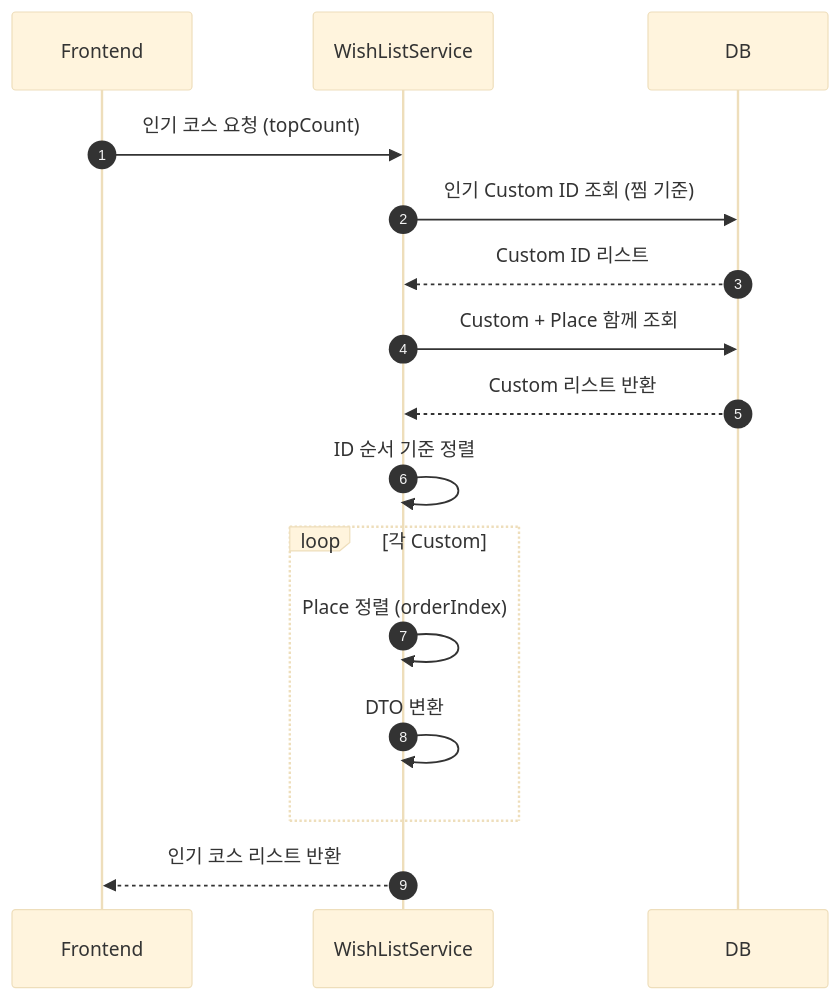
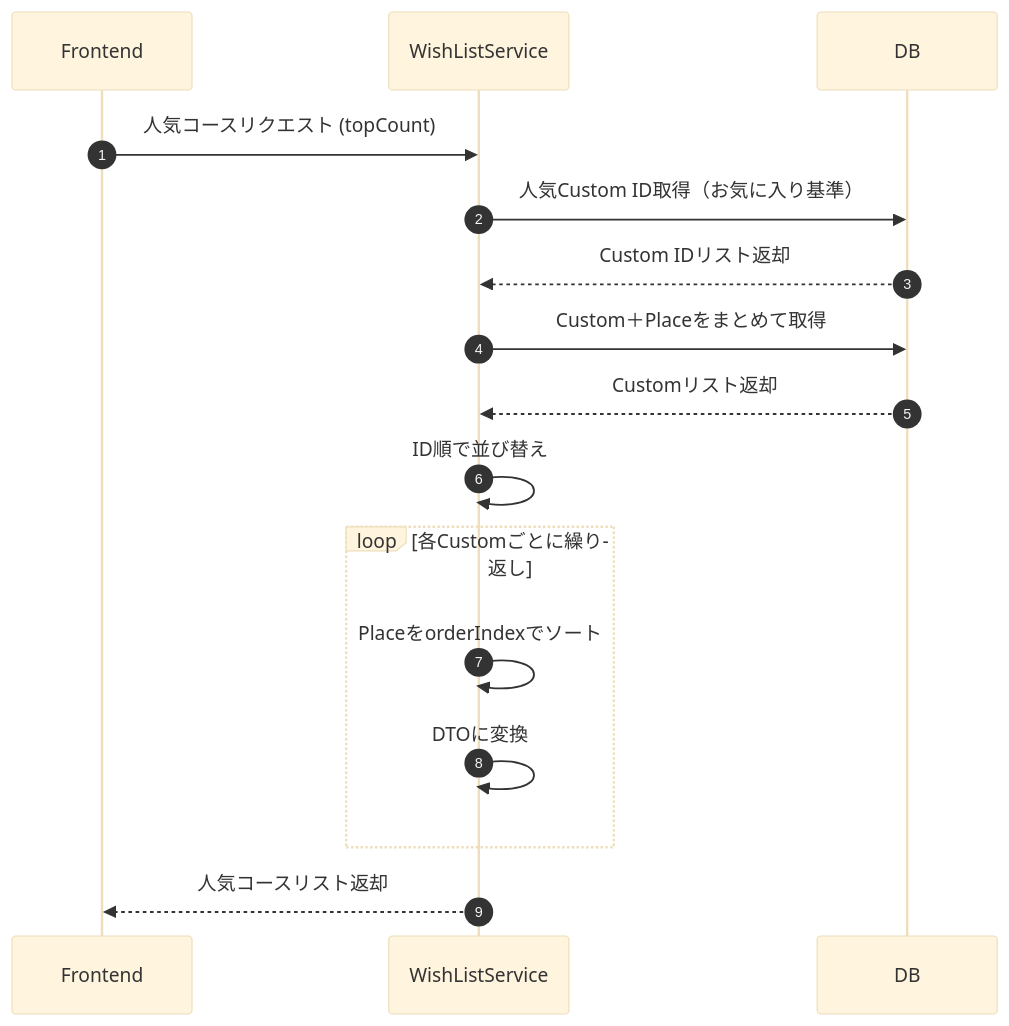
One commit to You-HyunHo/Final-Project changed the ninth of 10 diagrams in README_img/SEQUENCE.md. Above: the diagram before and after it, drawn with Mermaid (base theme). The commit also changed other lines of this file, not shown here.

````diff
--- a/README_img/SEQUENCE.md
+++ b/README_img/SEQUENCE.md
@@ -198,24 +202,24 @@
 ```mermaid
 sequenceDiagram
-autonumber
-participant FE as Frontend
-participant BE as WishListService
-participant DB
+    autonumber
+    participant FE as Frontend
+    participant BE as WishListService
+    participant DB
 
-    FE->>BE: 인기 코스 요청 (topCount)
+    FE->>BE: 人気コースリクエスト (topCount)
 
-    BE->>DB: 인기 Custom ID 조회 (찜 기준)
-    DB-->>BE: Custom ID 리스트
+    BE->>DB: 人気Custom ID取得（お気に入り基準）
+    DB-->>BE: Custom IDリスト返却
 
-    BE->>DB: Custom + Place 함께 조회
-    DB-->>BE: Custom 리스트 반환
+    BE->>DB: Custom＋Placeをまとめて取得
+    DB-->>BE: Customリスト返却
 
-    BE->>BE: ID 순서 기준 정렬
+    BE->>BE: ID順で並び替え
 
-    loop 각 Custom
-        BE->>BE: Place 정렬 (orderIndex)
-        BE->>BE: DTO 변환
+    loop 各Customごとに繰り返し
+        BE->>BE: PlaceをorderIndexでソート
+        BE->>BE: DTOに変換
     end
 
-    BE-->>FE: 인기 코스 리스트 반환
+    BE-->>FE: 人気コースリスト返却
 ```
````
